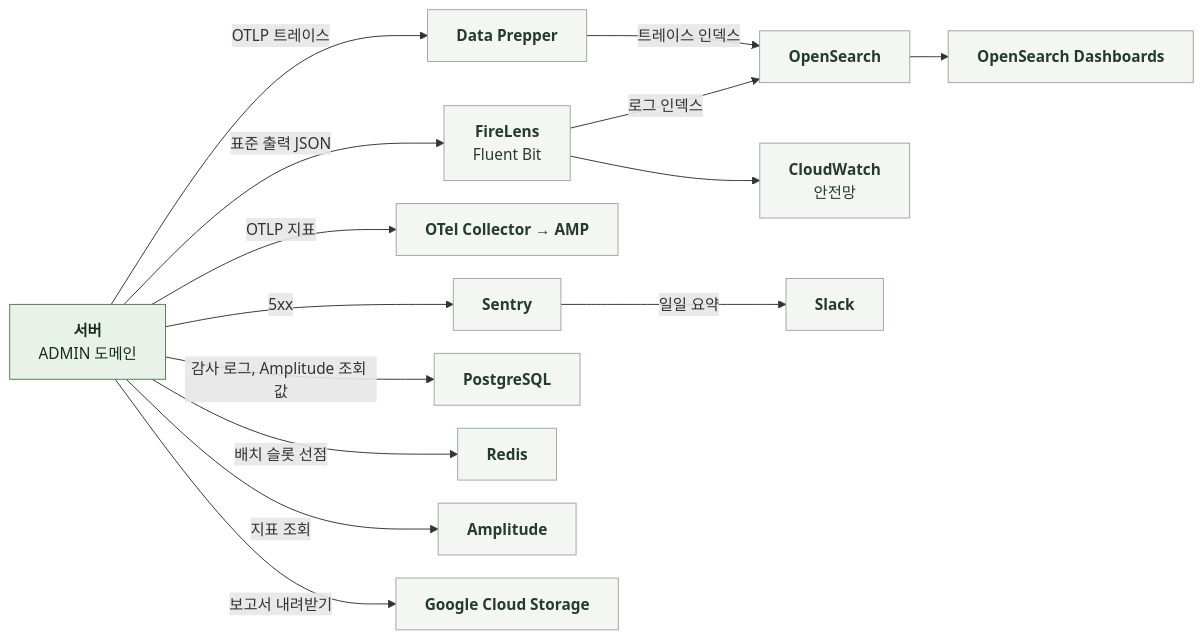
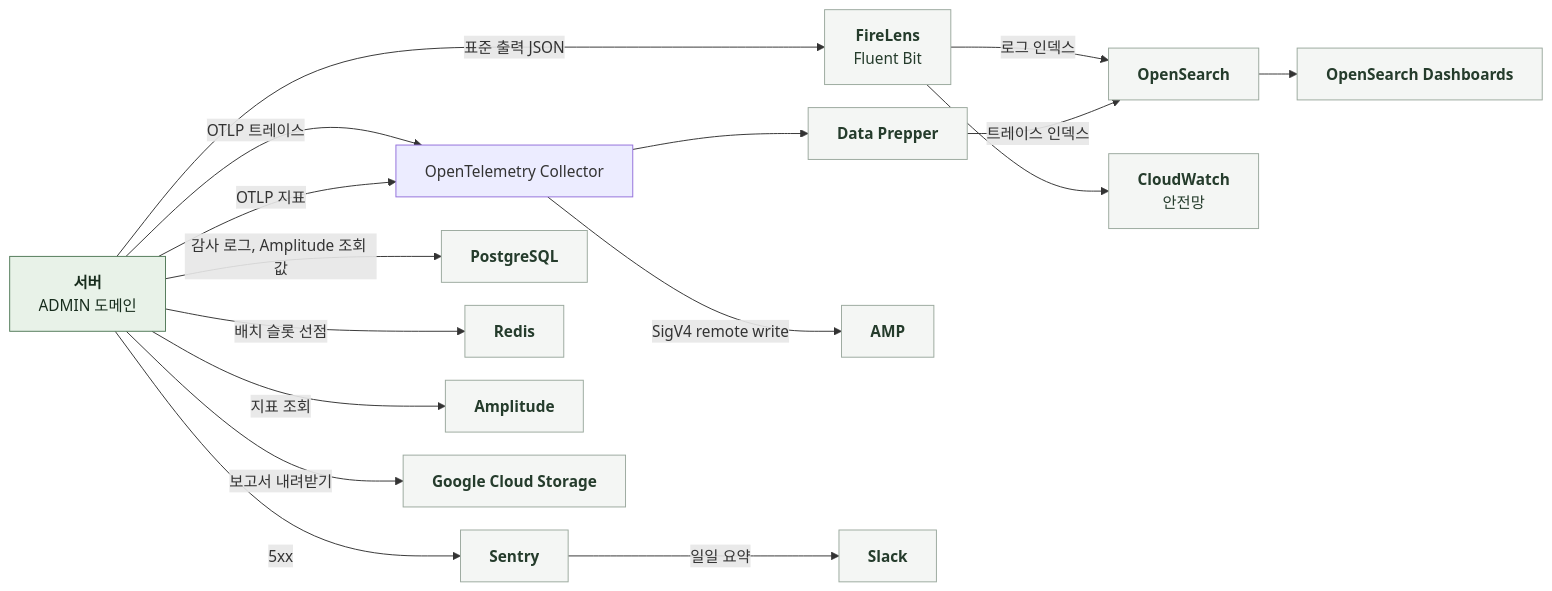
The diagram in docs/domain/ADMIN/BACKEND/5-4-OBSERVABILITY.md (KIM-N-KANG/knk-harness), drawn with Mermaid before and after one commit. The commit also changed other lines of this file and 3 other files, not shown here.

````diff
--- a/docs/domain/ADMIN/BACKEND/5-4-OBSERVABILITY.md
+++ b/docs/domain/ADMIN/BACKEND/5-4-OBSERVABILITY.md
@@ -11,25 +11,27 @@
 ```mermaid
 %%{init: {"flowchart": {"curve": "basis", "nodeSpacing": 24, "rankSpacing": 40}}}%%
 flowchart LR
     S["`**서버**
 ADMIN 도메인`"]
     S -->|표준 출력 JSON| F["`**FireLens**
 Fluent Bit`"]
     F -->|로그 인덱스| OS["`**OpenSearch**`"]
     F --> CW["`**CloudWatch**
 안전망`"]
-    S -->|OTLP 트레이스| DP["`**Data Prepper**`"]
+    S -->|OTLP 트레이스| C["OpenTelemetry Collector"]
+    C --> DP["`**Data Prepper**`"]
     DP -->|트레이스 인덱스| OS
     OS --> OD["`**OpenSearch Dashboards**`"]
-    S -->|OTLP 지표| G["`**OTel Collector → AMP**`"]
+    S -->|OTLP 지표| C
+    C -->|SigV4 remote write| G["`**AMP**`"]
     S -->|5xx| SE["`**Sentry**`"]
     SE -->|일일 요약| SL["`**Slack**`"]
     S -->|감사 로그, Amplitude 조회 값| DB["`**PostgreSQL**`"]
     S -->|배치 슬롯 선점| RD["`**Redis**`"]
     S -->|지표 조회| AM["`**Amplitude**`"]
     S -->|보고서 내려받기| GCS["`**Google Cloud Storage**`"]
     classDef comp fill:#E8F2E8,stroke:#527A59,color:#182D1D
     classDef ext fill:#F4F6F4,stroke:#9BA99E,color:#253C2C
     class S comp
     class F,OS,CW,DP,OD,G,SE,SL,DB,RD,AM,GCS ext
 ```
````
